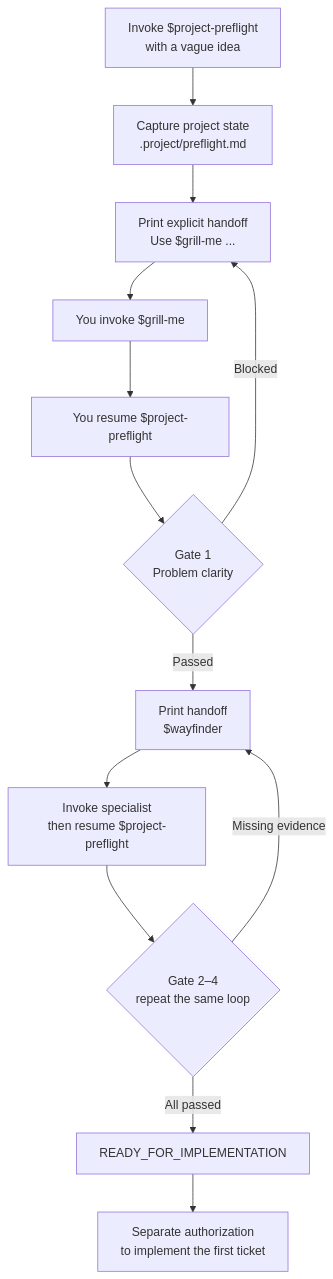
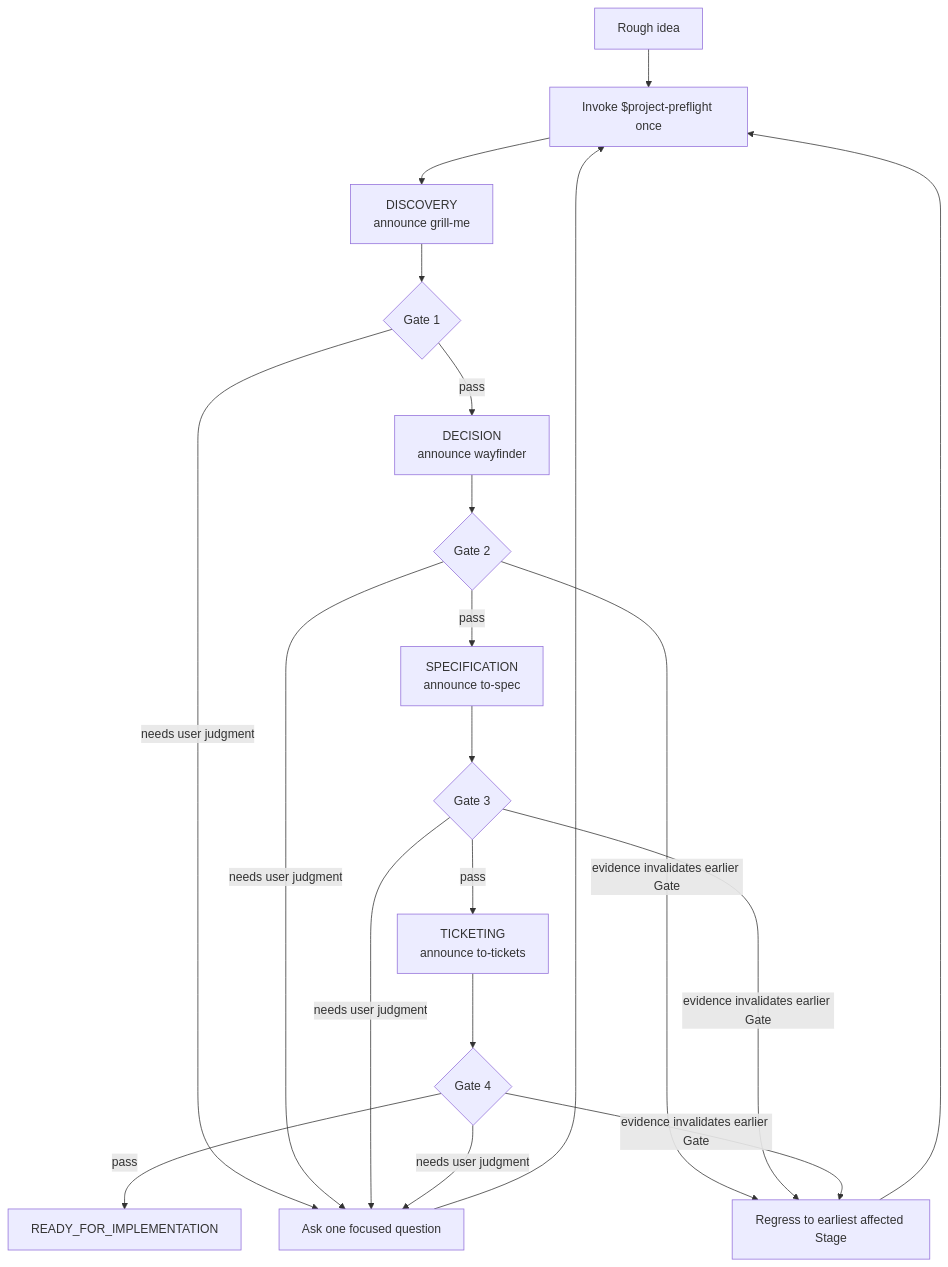
One commit to NaCr05/project-preflight changed the diagram in docs/workflow.md. Above: the diagram before and after it, drawn with Mermaid. The commit also changed other lines of this file and 38 other files, not shown here.

````diff
--- a/docs/workflow.md
+++ b/docs/workflow.md
@@ -9,15 +7,17 @@
 ```mermaid
 flowchart TD
-    A["Invoke $project-preflight<br/>with a vague idea"] --> B["Capture project state<br/>.project/preflight.md"]
-    B --> C["Print explicit handoff<br/>Use $grill-me ..."]
-    C --> U1["You invoke $grill-me"]
-    U1 --> R1["You resume $project-preflight"]
-    R1 --> D{"Gate 1<br/>Problem clarity"}
-    D -->|"Blocked"| C
-    D -->|"Passed"| E["Print handoff<br/>$wayfinder"]
-    E --> U2["Invoke specialist<br/>then resume $project-preflight"]
-    U2 --> F{"Gate 2–4<br/>repeat the same loop"}
-    F -->|"Missing evidence"| E
-    F -->|"All passed"| K["READY_FOR_IMPLEMENTATION"]
-    K --> L["Separate authorization<br/>to implement the first ticket"]
+    A["Rough idea"] --> P["Invoke $project-preflight once"]
+    P --> D["DISCOVERY<br/>announce grill-me"]
+    D --> G1{"Gate 1"}
+    G1 -->|pass| W["DECISION<br/>announce wayfinder"]
+    W --> G2{"Gate 2"}
+    G2 -->|pass| S["SPECIFICATION<br/>announce to-spec"]
+    S --> G3{"Gate 3"}
+    G3 -->|pass| T["TICKETING<br/>announce to-tickets"]
+    T --> G4{"Gate 4"}
+    G4 -->|pass| R["READY_FOR_IMPLEMENTATION"]
+    G1 & G2 & G3 & G4 -->|needs user judgment| Q["Ask one focused question"]
+    Q --> P
+    G2 & G3 & G4 -->|evidence invalidates earlier Gate| B["Regress to earliest affected Stage"]
+    B --> P
 ```
````
